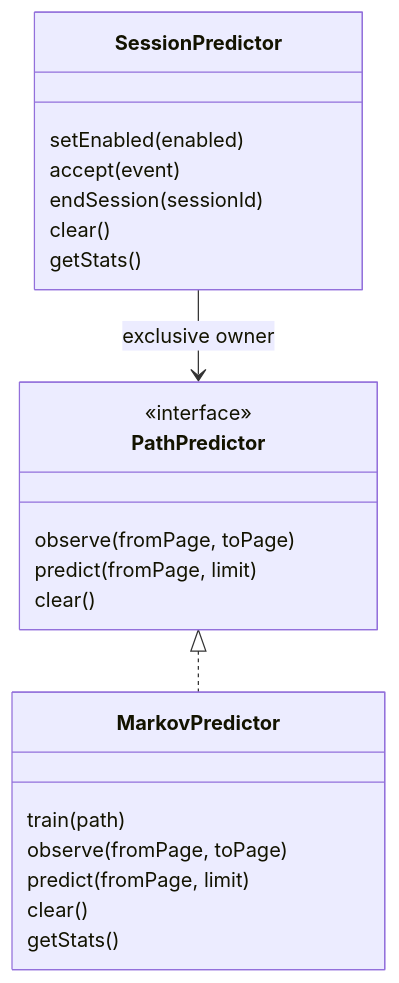
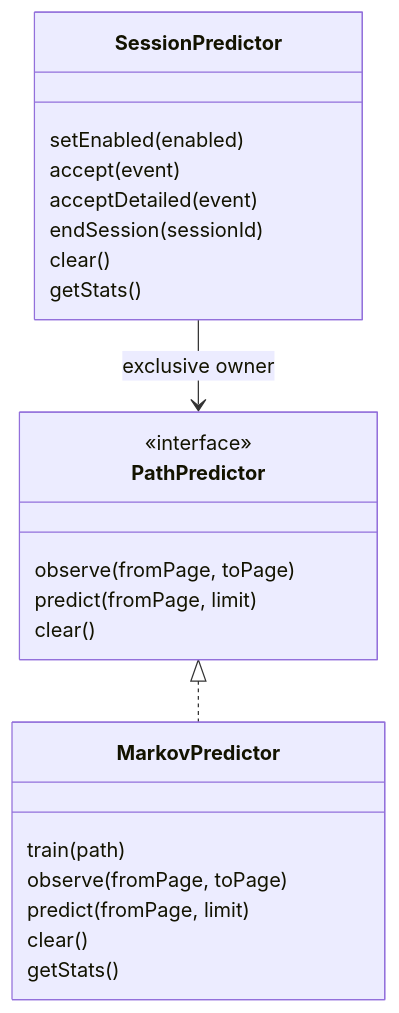
One commit to hhq2004/Open_Harmony changed the first of 2 diagrams in docs/prediction.md. Above: the diagram before and after it, drawn with Mermaid. The commit also changed other lines of this file and 10 other files, not shown here.

````diff
--- a/docs/prediction.md
+++ b/docs/prediction.md
@@ -30,25 +31,26 @@
 ```mermaid
 classDiagram
     class PathPredictor {
         <<interface>>
         observe(fromPage, toPage)
         predict(fromPage, limit)
         clear()
     }
     class MarkovPredictor {
         train(path)
         observe(fromPage, toPage)
         predict(fromPage, limit)
         clear()
         getStats()
     }
     class SessionPredictor {
         setEnabled(enabled)
         accept(event)
+        acceptDetailed(event)
         endSession(sessionId)
         clear()
         getStats()
     }
     PathPredictor <|.. MarkovPredictor
     SessionPredictor --> PathPredictor : exclusive owner
 ```
````
